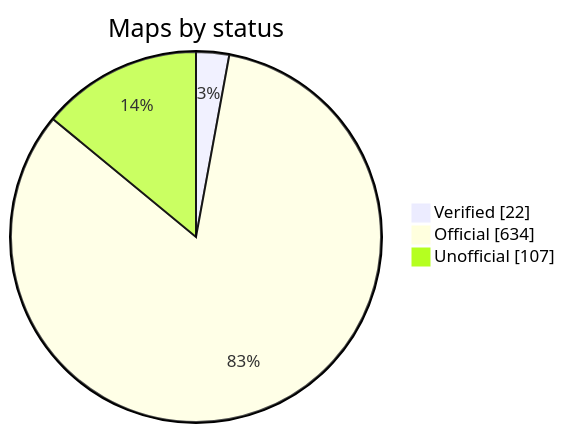
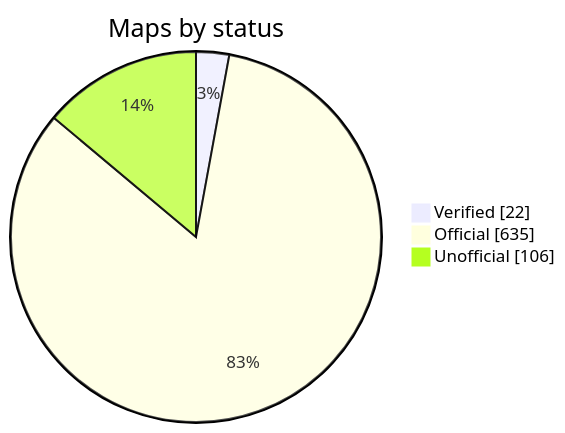
Before and after one commit to nobrega8/mbmap-library: the diagram in README.md, drawn with Mermaid. The commit also changed 8 other files, not shown here.

````diff
--- a/README.md
+++ b/README.md
@@ -52,7 +52,7 @@
 ```mermaid
 pie showData
     title Maps by status
     "Verified" : 22
-    "Official" : 634
-    "Unofficial" : 107
+    "Official" : 635
+    "Unofficial" : 106
 ```
````
